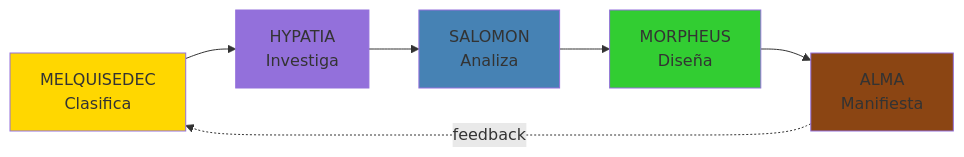
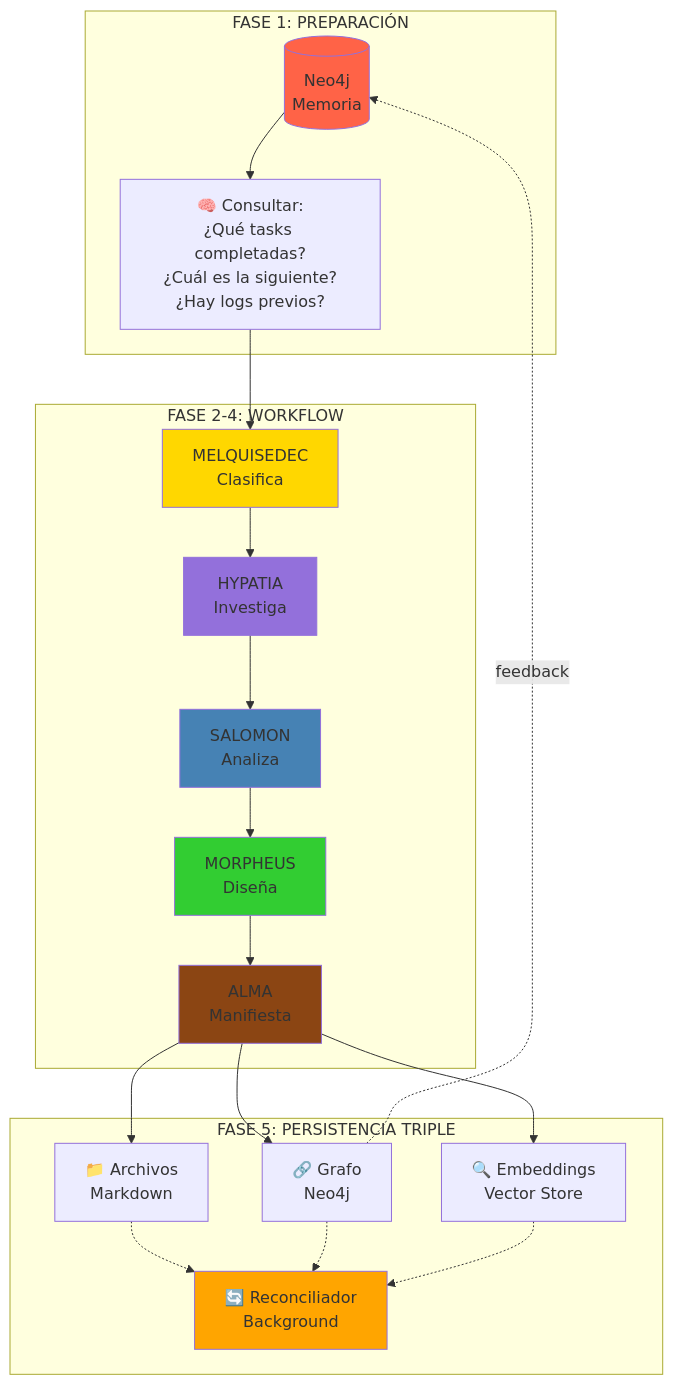
One commit to ccolombia-ui/aleia-melquisedec changed the diagram in docs/manifiesto/README.md. Above: the diagram before and after it, drawn with Mermaid. The commit also changed other lines of this file and 2 other files, not shown here.

````diff
--- a/docs/manifiesto/README.md
+++ b/docs/manifiesto/README.md
@@ -148,17 +149,42 @@
 ```mermaid
-graph LR
-    M[MELQUISEDEC<br/>Clasifica]
-    H[HYPATIA<br/>Investiga]
-    S[SALOMON<br/>Analiza]
-    Mo[MORPHEUS<br/>Diseña]
-    A[ALMA<br/>Manifiesta]
-
-    M --> H --> S --> Mo --> A
-    A -.->|feedback| M
-
+graph TB
+    subgraph "FASE 1: PREPARACIÓN"
+        Neo[(Neo4j<br/>Memoria)]
+        Query["🧠 Consultar:<br/>¿Qué tasks completadas?<br/>¿Cuál es la siguiente?<br/>¿Hay logs previos?"]
+        Neo --> Query
+    end
+    
+    subgraph "FASE 2-4: WORKFLOW"
+        M[MELQUISEDEC<br/>Clasifica]
+        H[HYPATIA<br/>Investiga]
+        S[SALOMON<br/>Analiza]
+        Mo[MORPHEUS<br/>Diseña]
+        A[ALMA<br/>Manifiesta]
+        
+        M --> H --> S --> Mo --> A
+    end
+    
+    subgraph "FASE 5: PERSISTENCIA TRIPLE"
+        FS[📁 Archivos<br/>Markdown]
+        Graph[🔗 Grafo<br/>Neo4j]
+        Vec[🔍 Embeddings<br/>Vector Store]
+        
+        FS -.-> Sync[🔄 Reconciliador<br/>Background]
+        Graph -.-> Sync
+        Vec -.-> Sync
+    end
+    
+    Query --> M
+    A --> FS
+    A --> Graph
+    A --> Vec
+    Graph -.->|feedback| Neo
+    
     style M fill:#FFD700
     style H fill:#9370DB
     style S fill:#4682B4
     style Mo fill:#32CD32
     style A fill:#8B4513
+    style Neo fill:#FF6347
+    style Sync fill:#FFA500
 ```
````
